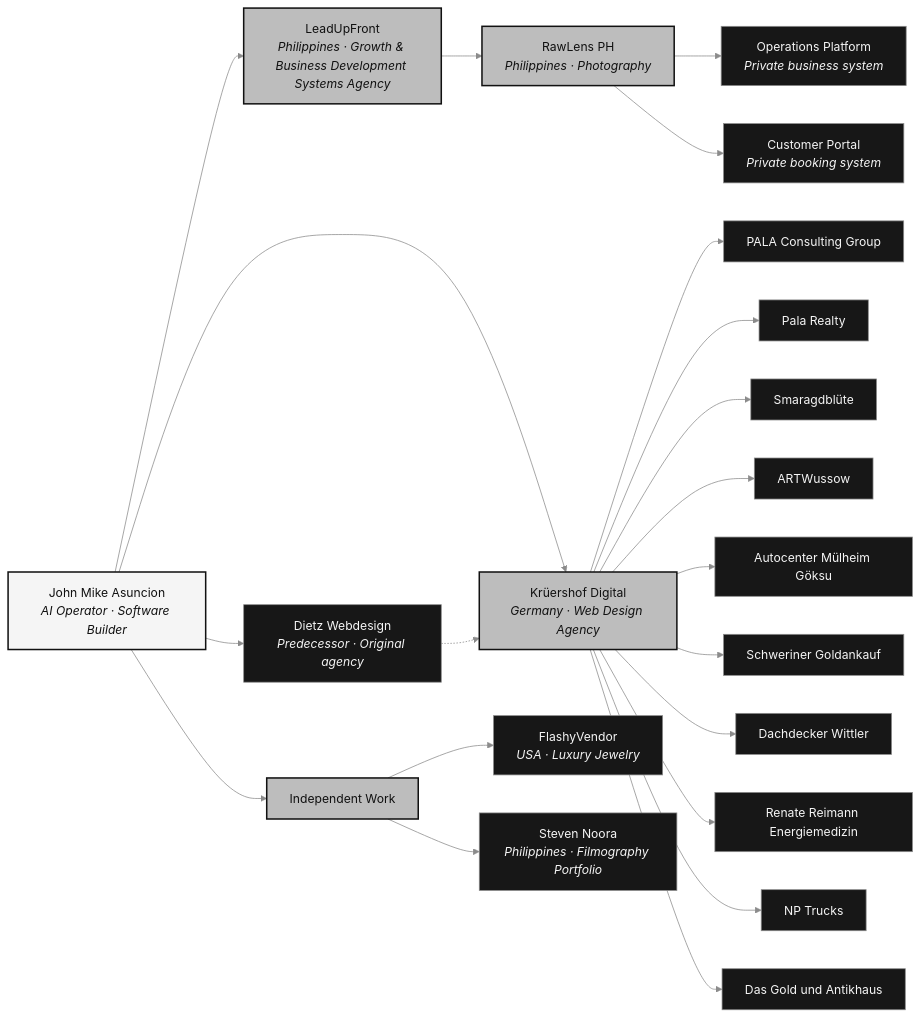
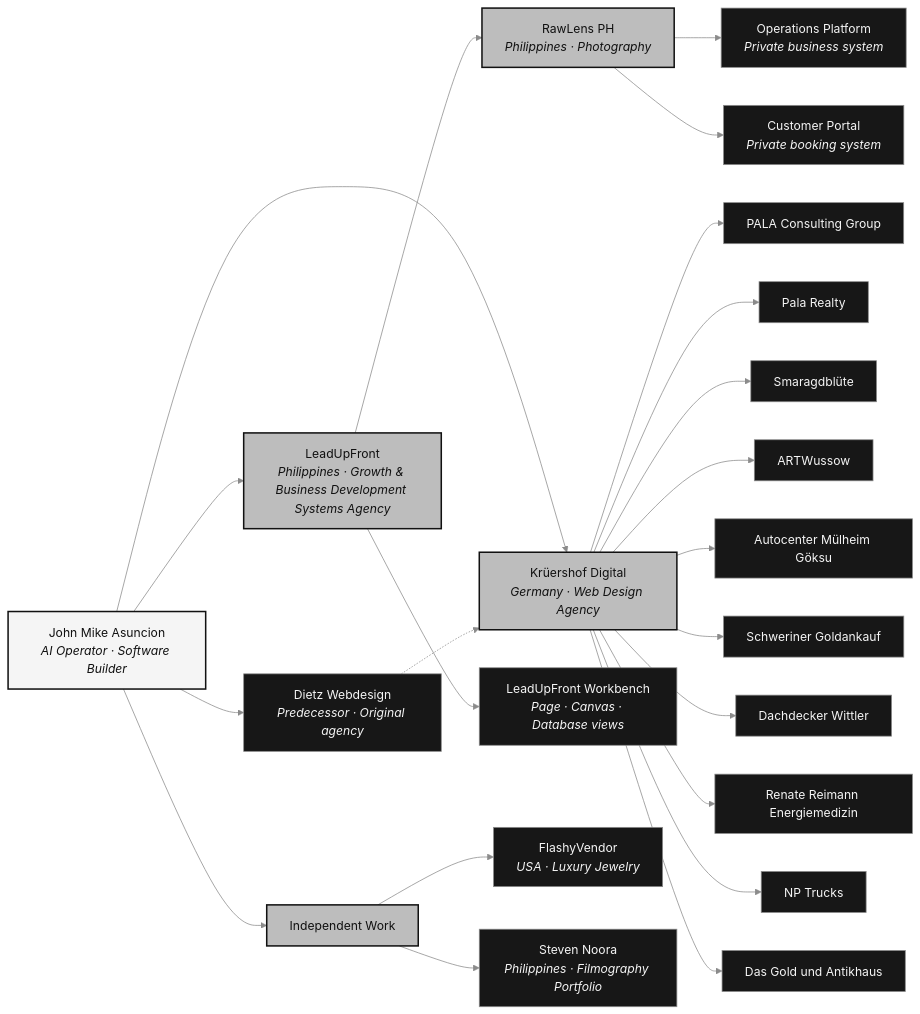
One commit to mikeascendx/mikeascendx changed the diagram in README.md. Above: the diagram before and after it, drawn with Mermaid. The commit also changed other lines of this file and 17 other files, not shown here.

Commit message:
feat(profile): showcase LeadUpFront and add project previews

````diff
--- a/README.md
+++ b/README.md
@@ -111,41 +141,42 @@
 ```mermaid
 flowchart LR
     john["John Mike Asuncion<br/><i>AI Operator · Software Builder</i>"]
     leadupfront["LeadUpFront<br/><i>Philippines · Growth & Business Development Systems Agency</i>"]
     rawlens["RawLens PH<br/><i>Philippines · Photography</i>"]
     kruershof["Krüershof Digital<br/><i>Germany · Web Design Agency</i>"]
     independent["Independent Work"]
     dietz["Dietz Webdesign<br/><i>Predecessor · Original agency</i>"]
 
     john --> leadupfront
+    leadupfront --> workbench["LeadUpFront Workbench<br/><i>Page · Canvas · Database views</i>"]
     leadupfront --> rawlens
     rawlens --> operations["Operations Platform<br/><i>Private business system</i>"]
     rawlens --> portal["Customer Portal<br/><i>Private booking system</i>"]
 
     john --> kruershof
     kruershof --> pala["PALA Consulting Group"]
     kruershof --> realty["Pala Realty"]
     kruershof --> smaragd["Smaragdblüte"]
     kruershof --> artwussow["ARTWussow"]
     kruershof --> autocenter["Autocenter Mülheim Göksu"]
     kruershof --> schweriner["Schweriner Goldankauf"]
     kruershof --> dachdecker["Dachdecker Wittler"]
     kruershof --> renate["Renate Reimann Energiemedizin"]
     kruershof --> nptrucks["NP Trucks"]
     kruershof --> goldantik["Das Gold und Antikhaus"]
 
     john --> independent
     independent --> flashy["FlashyVendor<br/><i>USA · Luxury Jewelry</i>"]
     independent --> steven["Steven Noora<br/><i>Philippines · Filmography Portfolio</i>"]
 
     john --> dietz
     dietz -.-> kruershof
 
     classDef root fill:#f5f5f5,stroke:#111111,color:#111111,stroke-width:2px
     classDef branch fill:#bdbdbd,stroke:#111111,color:#111111,stroke-width:2px
     classDef project fill:#171717,stroke:#8b8b8b,color:#f5f5f5
     class john root
     class kruershof,leadupfront,independent,rawlens branch
-    class dietz,autocenter,dachdecker,smaragd,schweriner,nptrucks,renate,artwussow,pala,goldantik,realty,steven,flashy,operations,portal project
+    class dietz,autocenter,dachdecker,smaragd,schweriner,nptrucks,renate,artwussow,pala,goldantik,realty,steven,flashy,operations,portal,workbench project
     linkStyle default stroke:#8b8b8b
 ```
````
